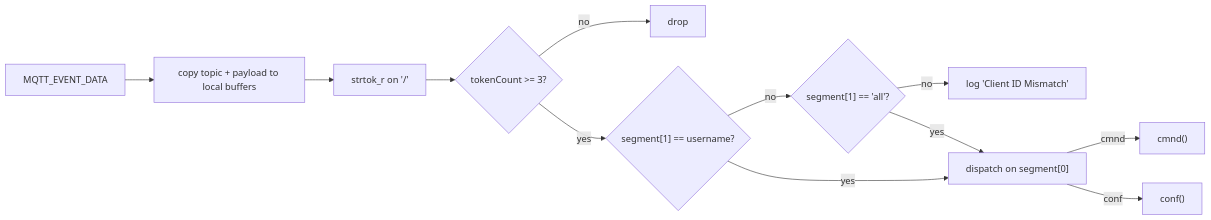
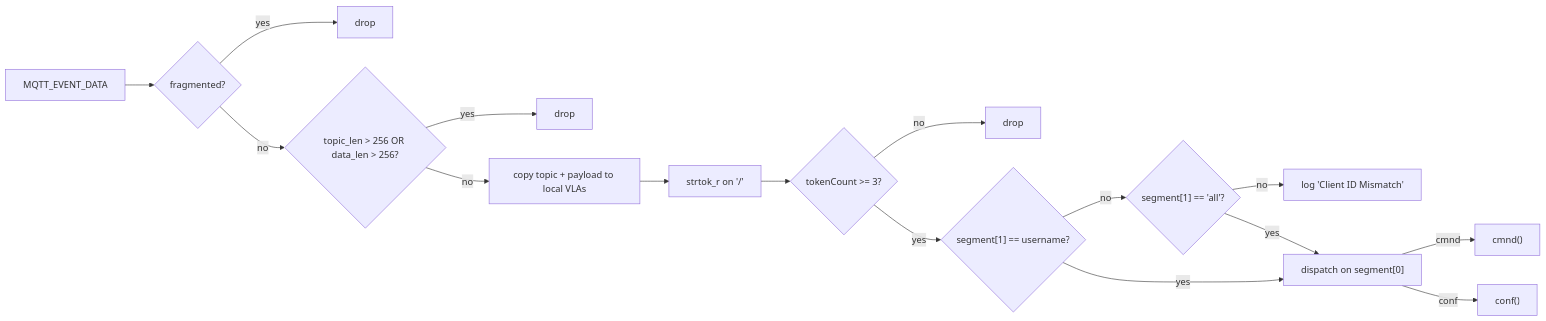
Before and after one commit to pnv28/grdflo-microcontroller: the third of 5 diagrams in DOCUMENTATION.md, drawn with Mermaid. The commit also changed other lines of this file and 5 other files, not shown here.

````diff
--- a/DOCUMENTATION.md
+++ b/DOCUMENTATION.md
@@ -459,14 +536,18 @@
 ```mermaid
 flowchart LR
-    A["MQTT_EVENT_DATA"] --> B["copy topic + payload to local buffers"]
+    A["MQTT_EVENT_DATA"] --> Z{"fragmented?"}
+    Z -- yes --> X1["drop"]
+    Z -- no --> Z2{"topic_len > 256 OR data_len > 256?"}
+    Z2 -- yes --> X2["drop"]
+    Z2 -- no --> B["copy topic + payload to local VLAs"]
     B --> C["strtok_r on '/'"]
     C --> D{"tokenCount >= 3?"}
-    D -- no --> X["drop"]
+    D -- no --> X3["drop"]
     D -- yes --> E{"segment[1] == username?"}
     E -- no --> F{"segment[1] == 'all'?"}
     F -- no --> Y["log 'Client ID Mismatch'"]
     E -- yes --> G["dispatch on segment[0]"]
     F -- yes --> G
     G -->|"cmnd"| H["cmnd()"]
     G -->|"conf"| I["conf()"]
 ```
````
